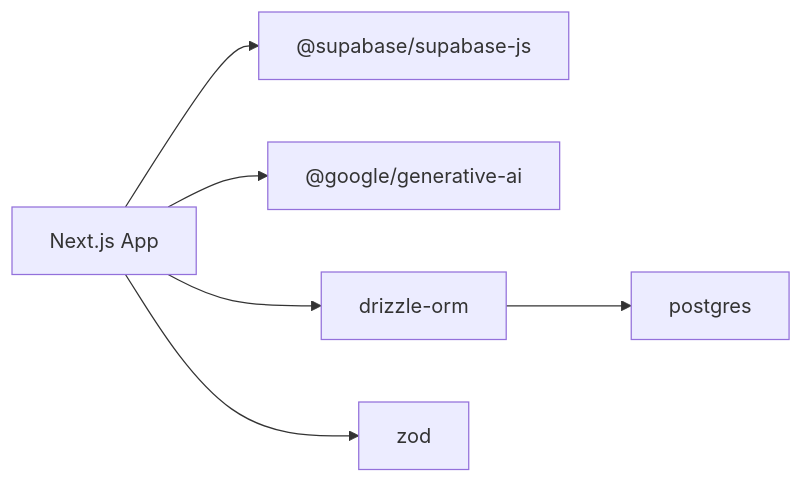
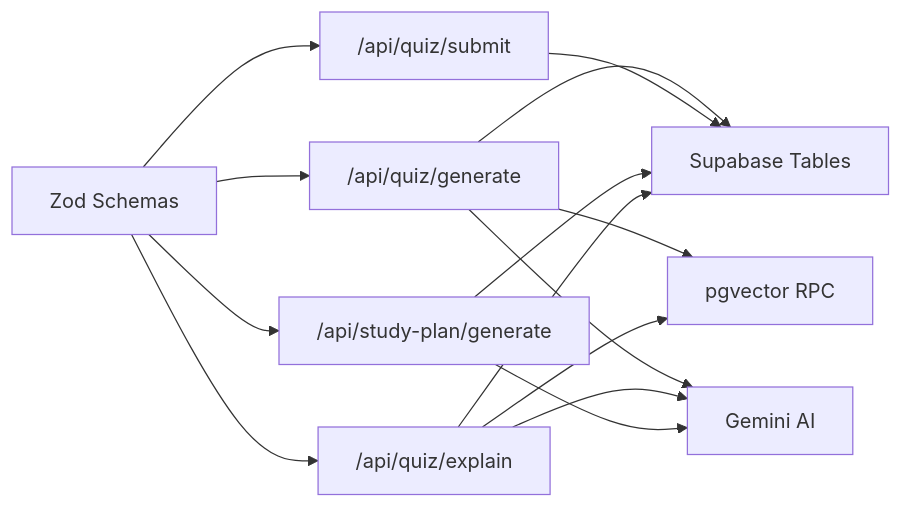
Before and after one commit to Daniiyal-creates/MedAce-AI: the third of 3 diagrams in .qoder/repowiki/en/content/API Reference/API Reference.md, drawn with Mermaid. The commit also changed other lines of this file and 159 other files, not shown here.

````diff
--- a/.qoder/repowiki/en/content/API Reference/API Reference.md
+++ b/.qoder/repowiki/en/content/API Reference/API Reference.md
@@ -299,14 +413,16 @@
 ```mermaid
 graph LR
-App["Next.js App"]
-Supabase["@supabase/supabase-js"]
-Gemini["@google/generative-ai"]
-Drizzle["drizzle-orm"]
-Postgres["postgres"]
-Zod["zod"]
-App --> Supabase
-App --> Gemini
-App --> Drizzle
-Drizzle --> Postgres
-App --> Zod
+Z["Zod Schemas"] --> R1["/api/quiz/generate"]
+Z --> R2["/api/quiz/submit"]
+Z --> R3["/api/study-plan/generate"]
+Z --> R4["/api/quiz/explain"]
+R1 --> DB["Supabase Tables"]
+R2 --> DB
+R3 --> DB
+R4 --> DB
+R1 --> V["pgvector RPC"]
+R4 --> V
+R1 --> G["Gemini AI"]
+R4 --> G
+R3 --> G
 ```
````
